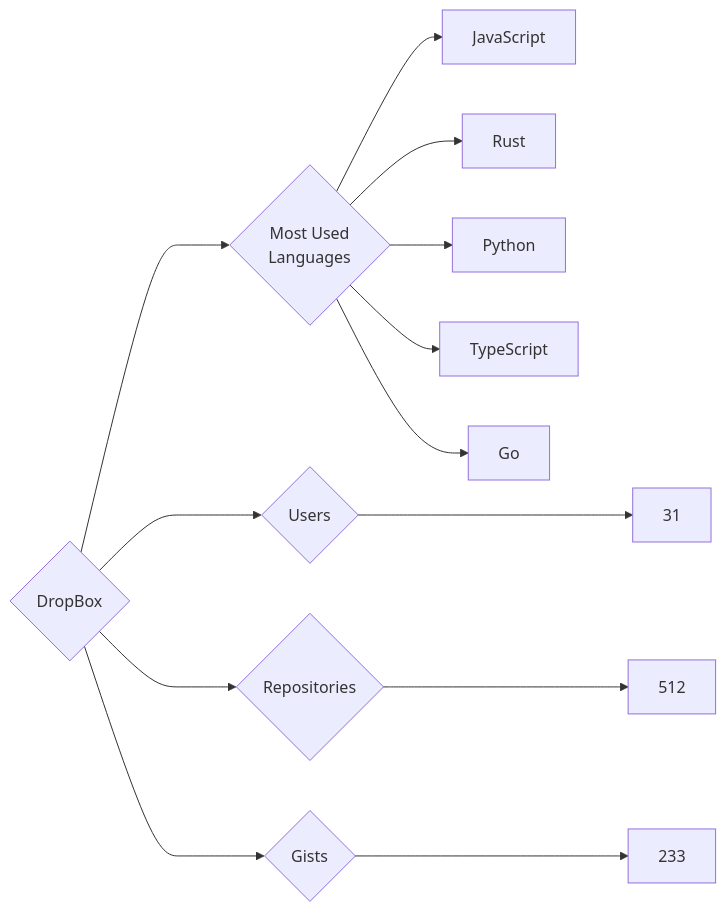
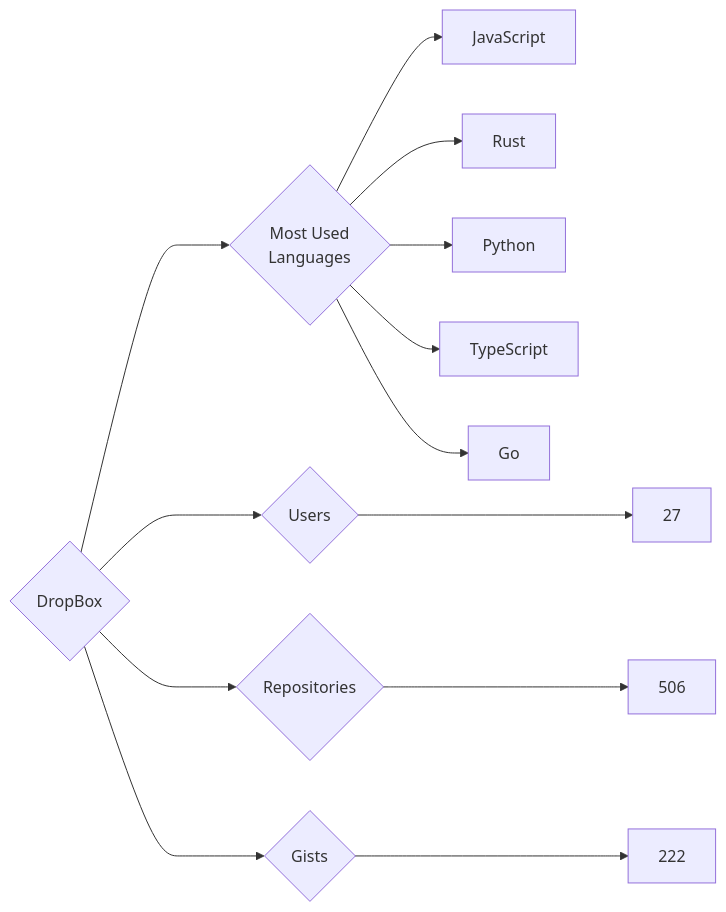
Before and after one commit to trickest/insiders: the diagram in targets/DropBox/README.md, drawn with Mermaid. The commit also changed 935 other files, not shown here.

````diff
--- a/targets/DropBox/README.md
+++ b/targets/DropBox/README.md
@@ -3,13 +3,13 @@
 ```mermaid
 graph LR
 COMPANY_NAME{DropBox}
-COMPANY_NAME ---> U{Users} ---> UN[31]
-COMPANY_NAME ---> R{Repositories} ---> RN[512]
-COMPANY_NAME ---> G{Gists} ---> GN[233]
+COMPANY_NAME ---> U{Users} ---> UN[27]
+COMPANY_NAME ---> R{Repositories} ---> RN[506]
+COMPANY_NAME ---> G{Gists} ---> GN[222]
 COMPANY_NAME ---> ML{Most Used<br>Languages}
 ML --> JavaScript[JavaScript]
 ML --> Rust[Rust]
 ML --> Python[Python]
 ML --> TypeScript[TypeScript]
 ML --> Go[Go]
 ```
````
